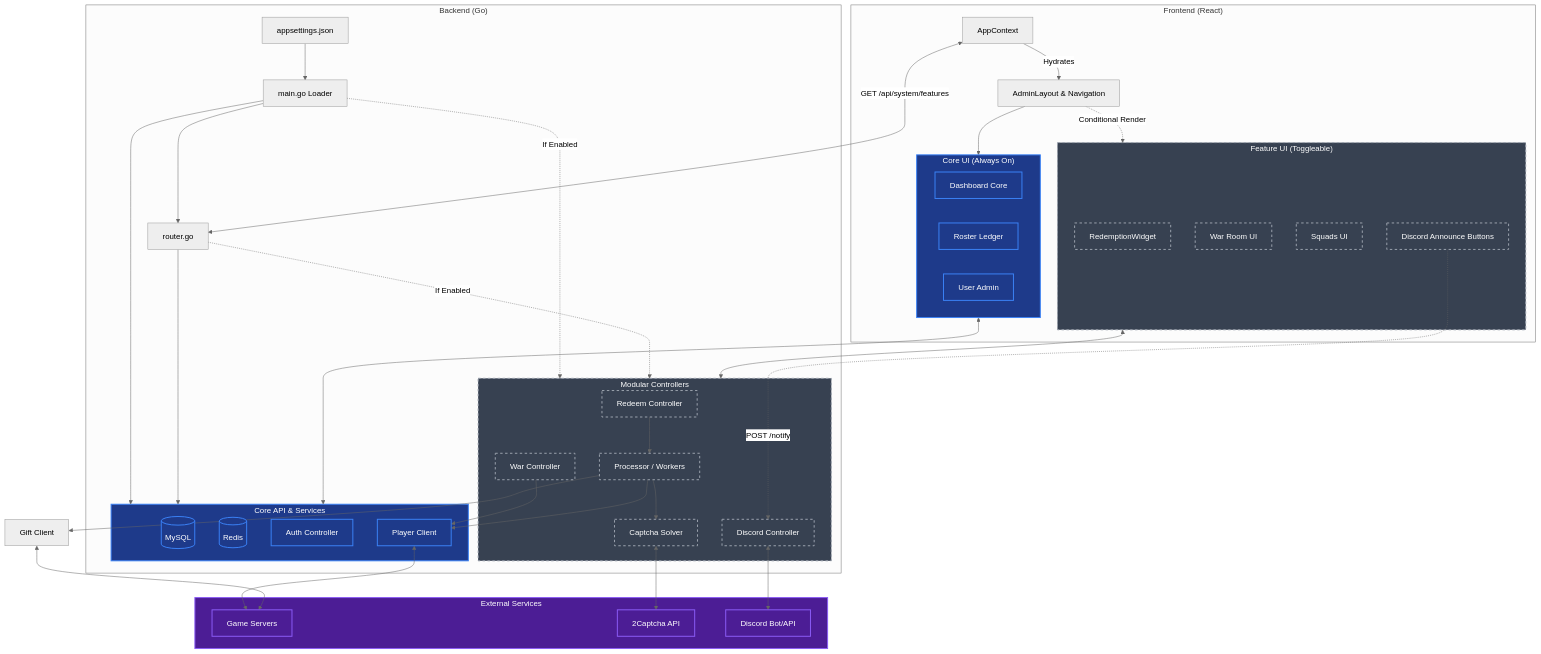
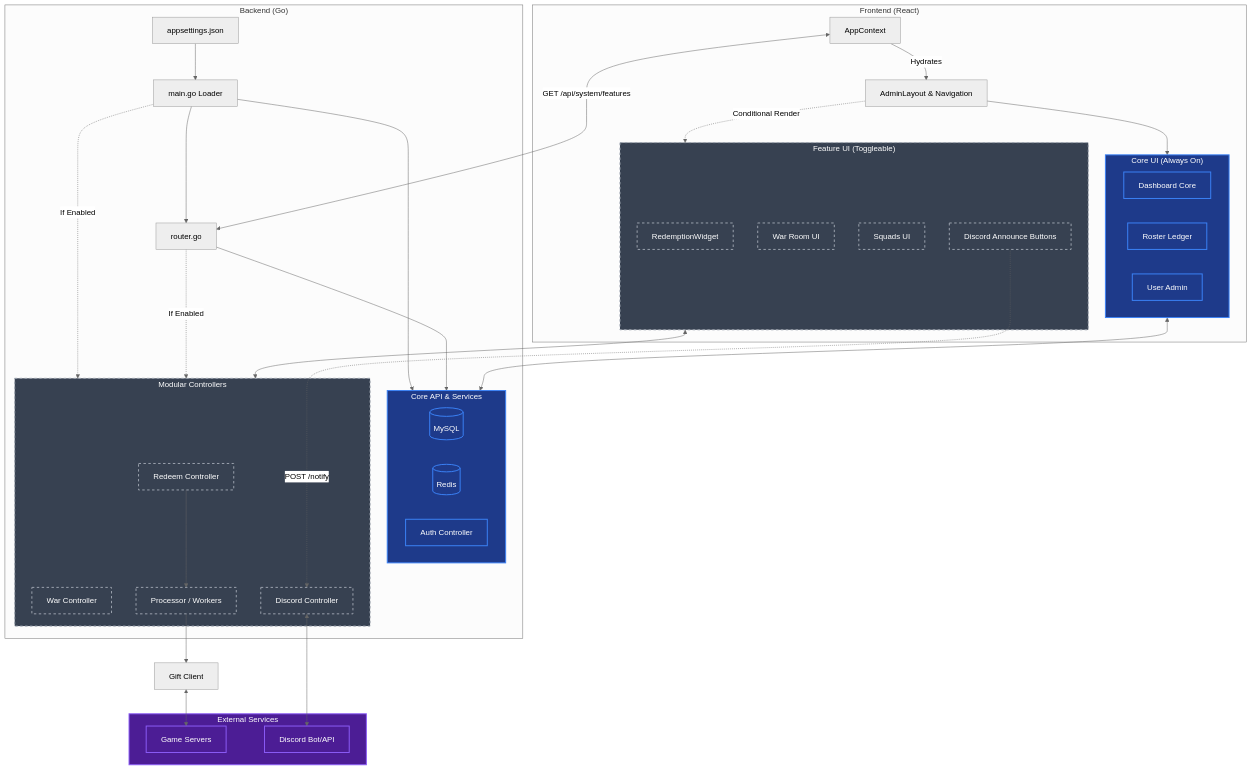
Before and after one commit to encho-petrov/wosdashboard: the diagram in docs/core.mmd, drawn with Mermaid (neutral theme). The commit also changed 41 other files, not shown here.

Commit message:
Fixed player login, gift redeem and related tests

```diff
--- a/docs/core.mmd
+++ b/docs/core.mmd
@@ -1,77 +1,69 @@
 graph TD
     subgraph Frontend ["Frontend (React)"]
         AC[AppContext] -->|Hydrates| AL[AdminLayout & Navigation]
 
         subgraph CoreUI ["Core UI (Always On)"]
             Dash[Dashboard Core]
             Roster[Roster Ledger]
             Users[User Admin]
         end
 
         subgraph FeatureUI ["Feature UI (Toggleable)"]
             RW[RedemptionWidget]
             WR_UI[War Room UI]
             SQ_UI[Squads UI]
             Disc_UI[Discord Announce Buttons]
         end
 
         AL --> CoreUI
         AL -.->|Conditional Render| FeatureUI
     end
 
     subgraph Backend ["Backend (Go)"]
         Config[appsettings.json] --> Main[main.go Loader]
         Main --> Router[router.go]
 
         subgraph CoreAPI ["Core API & Services"]
             DB[(MySQL)]
             Redis[(Redis)]
             AuthCtrl[Auth Controller]
-            PClient[Player Client]
         end
 
         subgraph ModCtrl ["Modular Controllers"]
             RedeemCtrl[Redeem Controller]
             WarCtrl[War Controller]
             DiscCtrl[Discord Controller]
             Engine[Processor / Workers]
-            Solver[Captcha Solver]
         end
 
         Main --> CoreAPI
         Main -.->|If Enabled| ModCtrl
         Router --> CoreAPI
         Router -.->|If Enabled| ModCtrl
     end
 
     subgraph ExtServices ["External Services"]
         GameAPI[Game Servers]
-        CaptchaAPI[2Captcha API]
         DiscordAPI[Discord Bot/API]
     end
 
 %% Connections
     AC <-->|GET /api/system/features| Router
     FeatureUI <--> ModCtrl
     CoreUI <--> CoreAPI
 
-    WarCtrl --> PClient
     RedeemCtrl --> Engine
-    Engine --> Solver
-    Engine --> PClient
     Engine --> GClient[Gift Client]
 
-    PClient <--> GameAPI
     GClient <--> GameAPI
-    Solver <--> CaptchaAPI
     DiscCtrl <--> DiscordAPI
     Disc_UI -.->|POST /notify| DiscCtrl
 
 %% Styling
     classDef core fill:#1e3a8a,stroke:#3b82f6,stroke-width:2px,color:#fff
     classDef toggle fill:#374151,stroke:#9ca3af,stroke-width:2px,stroke-dasharray: 5 5,color:#fff
     classDef ext fill:#4c1d95,stroke:#8b5cf6,stroke-width:2px,color:#fff
 
-    class Dash,Roster,Users,AuthCtrl,PClient,DB,Redis,CoreAPI,CoreUI core
-    class RW,WR_UI,SQ_UI,Disc_UI,RedeemCtrl,WarCtrl,DiscCtrl,Engine,Solver,FeatureUI,ModCtrl toggle
-    class GameAPI,CaptchaAPI,DiscordAPI,ExtServices ext
+    class Dash,Roster,Users,AuthCtrl,DB,Redis,CoreAPI,CoreUI core
+    class RW,WR_UI,SQ_UI,Disc_UI,RedeemCtrl,WarCtrl,DiscCtrl,Engine,FeatureUI,ModCtrl toggle
+    class GameAPI,DiscordAPI,ExtServices ext
```
